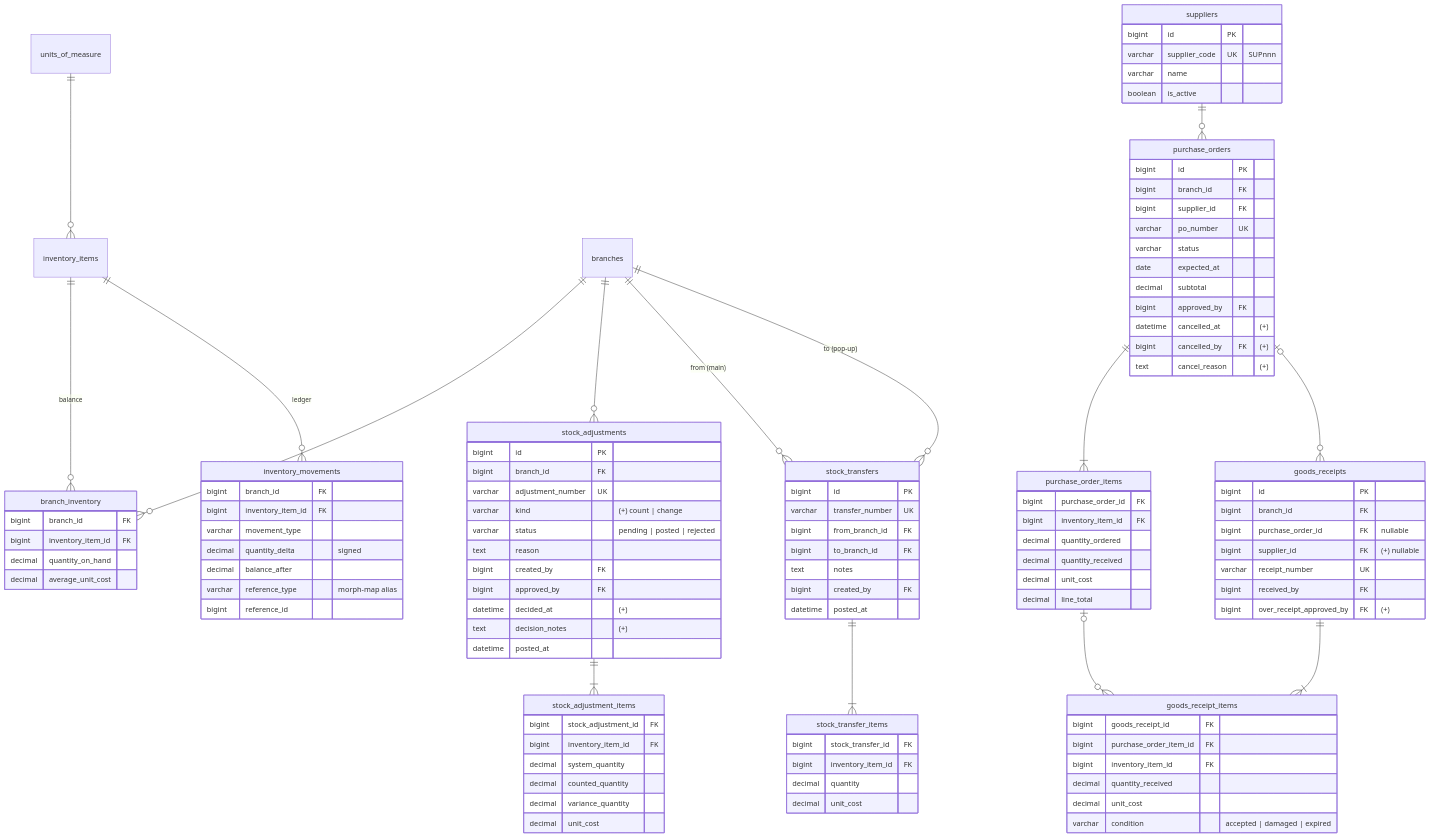
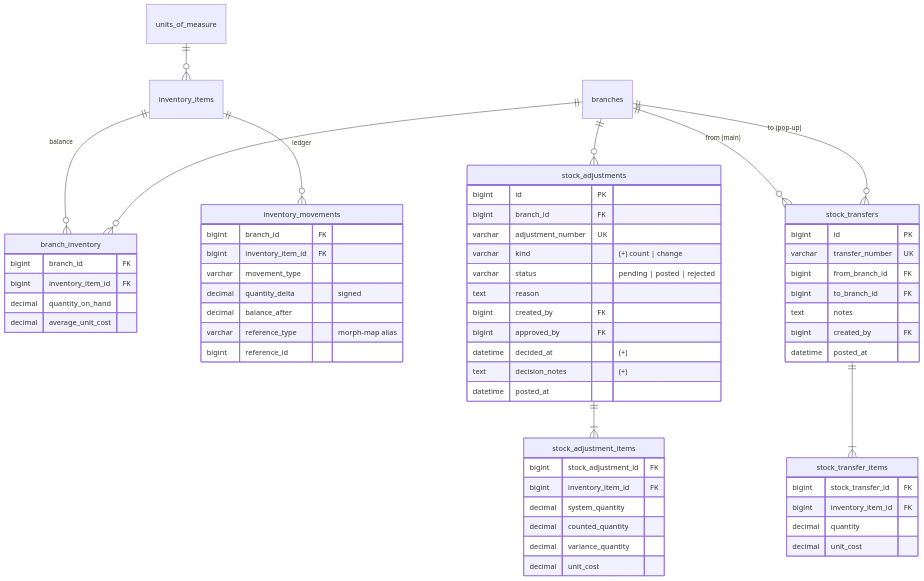
One commit to eichebiem/brevon-pos changed the fifth of 6 diagrams in docs/ERD.md. Above: the diagram before and after it, drawn with Mermaid. The commit also changed other lines of this file and 117 other files, not shown here.

````diff
--- a/docs/ERD.md
+++ b/docs/ERD.md
@@ -206,11 +209,6 @@
     branches ||--o{ stock_transfers : "from (main)"
     branches ||--o{ stock_transfers : "to (pop-up)"
     stock_transfers ||--|{ stock_transfer_items : ""
-    suppliers ||--o{ purchase_orders : ""
-    purchase_orders ||--|{ purchase_order_items : ""
-    purchase_orders |o--o{ goods_receipts : ""
-    goods_receipts ||--|{ goods_receipt_items : ""
-    purchase_order_items |o--o{ goods_receipt_items : ""
 
     branch_inventory { bigint branch_id FK
       bigint inventory_item_id FK
@@ -251,38 +249,4 @@
       bigint inventory_item_id FK
       decimal quantity
       decimal unit_cost }
-    suppliers { bigint id PK
-      varchar supplier_code UK "SUPnnn"
-      varchar name
-      boolean is_active }
-    purchase_orders { bigint id PK
-      bigint branch_id FK
-      bigint supplier_id FK
-      varchar po_number UK
-      varchar status
-      date expected_at
-      decimal subtotal
-      bigint approved_by FK
-      datetime cancelled_at "(+)"
-      bigint cancelled_by FK "(+)"
-      text cancel_reason "(+)" }
-    purchase_order_items { bigint purchase_order_id FK
-      bigint inventory_item_id FK
-      decimal quantity_ordered
-      decimal quantity_received
-      decimal unit_cost
-      decimal line_total }
-    goods_receipts { bigint id PK
-      bigint branch_id FK
-      bigint purchase_order_id FK "nullable"
-      bigint supplier_id FK "(+) nullable"
-      varchar receipt_number UK
-      bigint received_by FK
-      bigint over_receipt_approved_by FK "(+)" }
-    goods_receipt_items { bigint goods_receipt_id FK
-      bigint purchase_order_item_id FK
-      bigint inventory_item_id FK
-      decimal quantity_received
-      decimal unit_cost
-      varchar condition "accepted | damaged | expired" }
 ```
````
